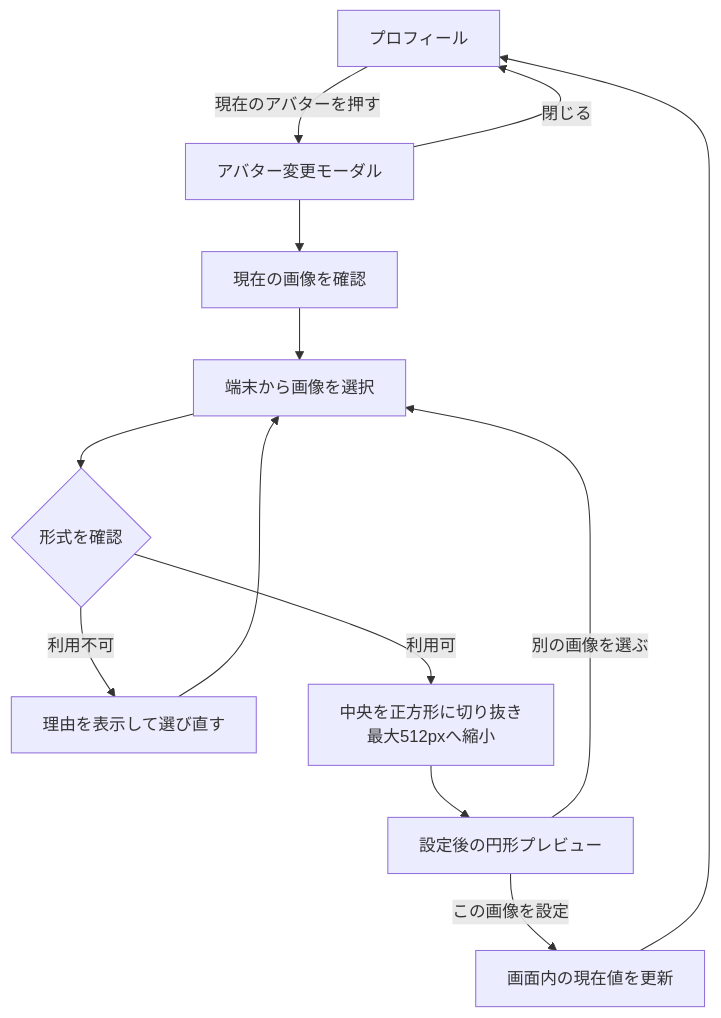
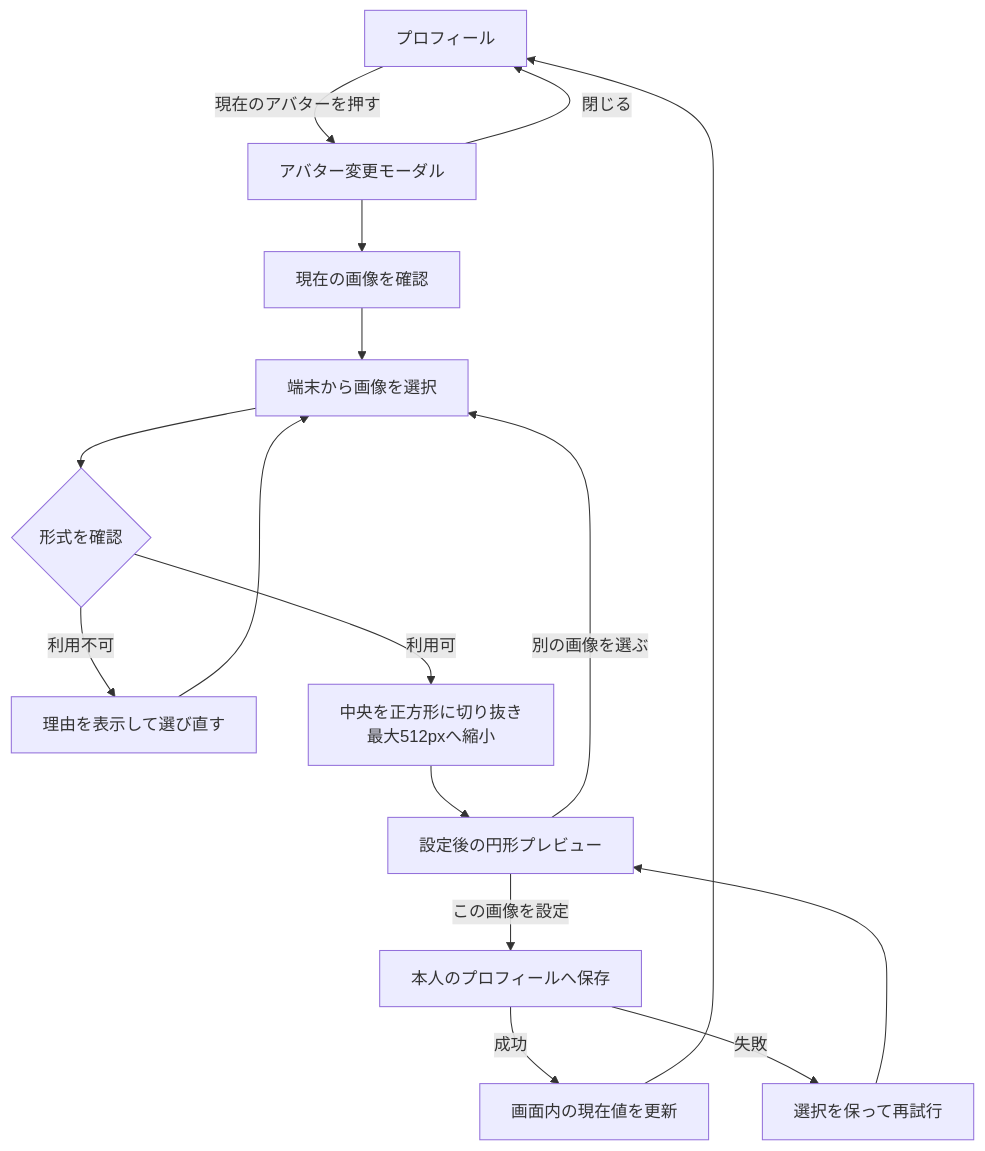
One commit to kkyosuke/me-builder changed the first of 2 diagrams in docs/product/avatar-experience.md. Above: the diagram before and after it, drawn with Mermaid. The commit also changed other lines of this file and 8 other files, not shown here.

````diff
--- a/docs/product/avatar-experience.md
+++ b/docs/product/avatar-experience.md
@@ -52,15 +54,18 @@
 ```mermaid
 flowchart TD
     P[プロフィール] -->|現在のアバターを押す| M[アバター変更モーダル]
     M --> C[現在の画像を確認]
     C --> F[端末から画像を選択]
     F --> V{形式を確認}
     V -->|利用不可| E[理由を表示して選び直す]
     E --> F
     V -->|利用可| N[中央を正方形に切り抜き<br/>最大512pxへ縮小]
     N --> R[設定後の円形プレビュー]
     R -->|別の画像を選ぶ| F
-    R -->|この画像を設定| S[画面内の現在値を更新]
-    S --> P
+    R -->|この画像を設定| S[本人のプロフィールへ保存]
+    S -->|成功| U[画面内の現在値を更新]
+    U --> P
+    S -->|失敗| X[選択を保って再試行]
+    X --> R
     M -->|閉じる| P
 ```
````
